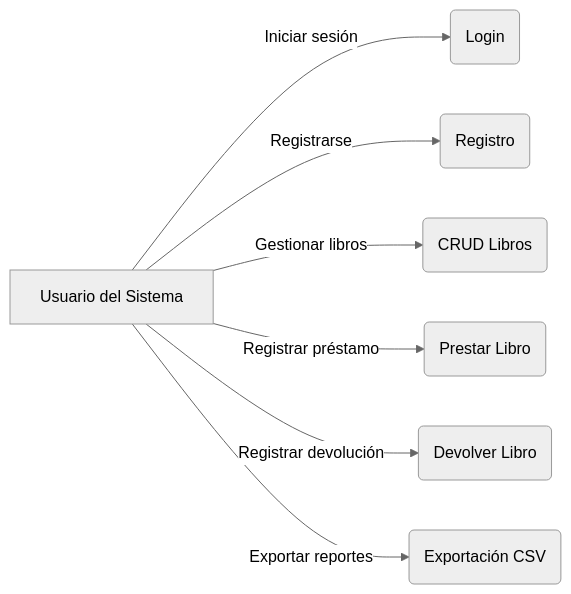
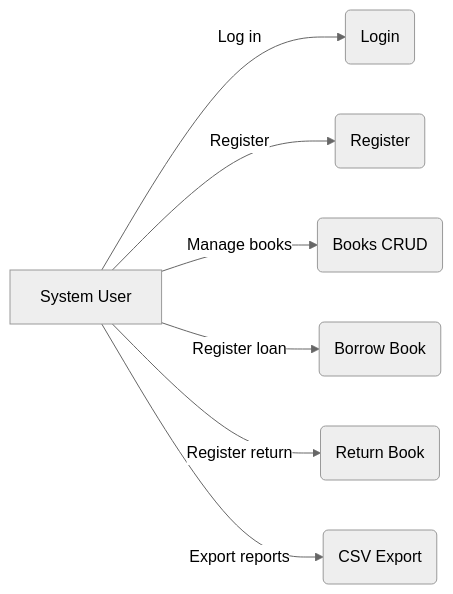
The second of 2 diagrams in README.md (ASADDS2/novabook), drawn with Mermaid (neutral theme) before and after one commit. The commit also changed other lines of this file and 10 other files, not shown here.

````diff
--- a/README.md
+++ b/README.md
@@ -115,9 +114,9 @@
 ```mermaid
 flowchart LR
-  A[Usuario del Sistema] -->|Iniciar sesión| B(Login)
-  A -->|Registrarse| C(Registro)
-  A -->|Gestionar libros| D(CRUD Libros)
-  A -->|Registrar préstamo| E(Prestar Libro)
-  A -->|Registrar devolución| F(Devolver Libro)
-  A -->|Exportar reportes| G(Exportación CSV)
+  A[System User] -->|Log in| B(Login)
+  A -->|Register| C(Register)
+  A -->|Manage books| D(Books CRUD)
+  A -->|Register loan| E(Borrow Book)
+  A -->|Register return| F(Return Book)
+  A -->|Export reports| G(CSV Export)
 ```
````
